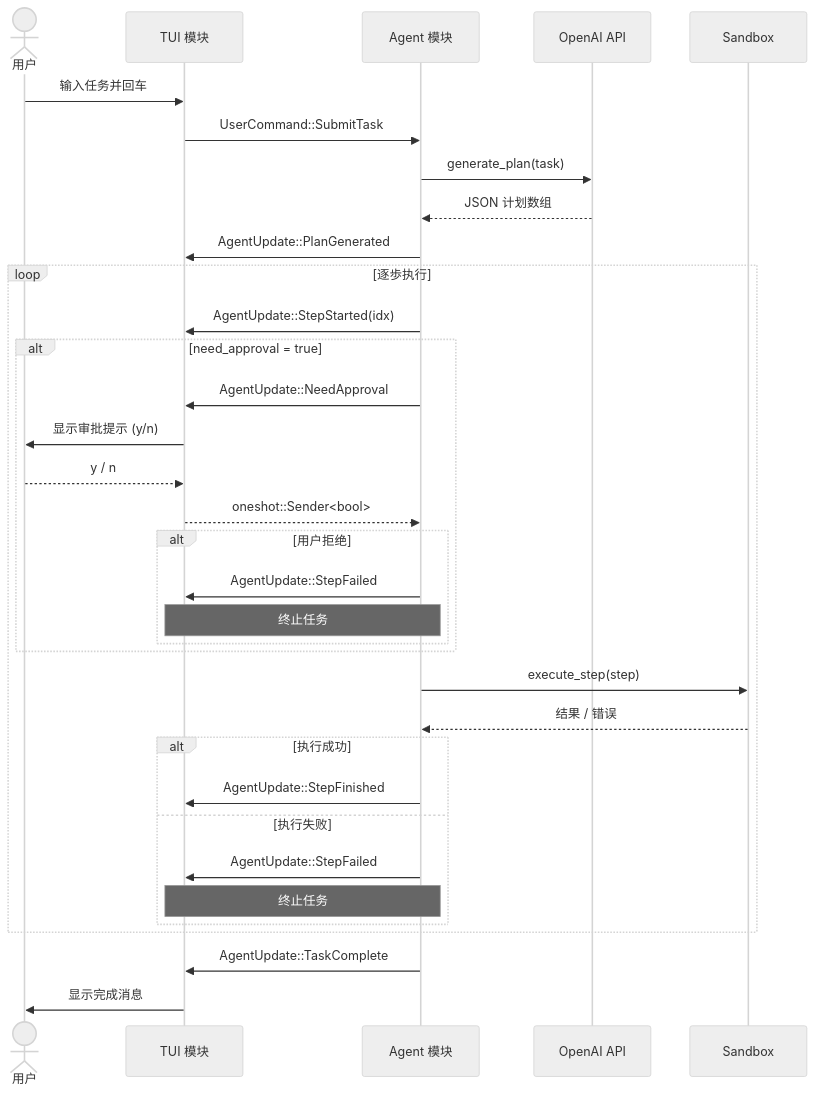
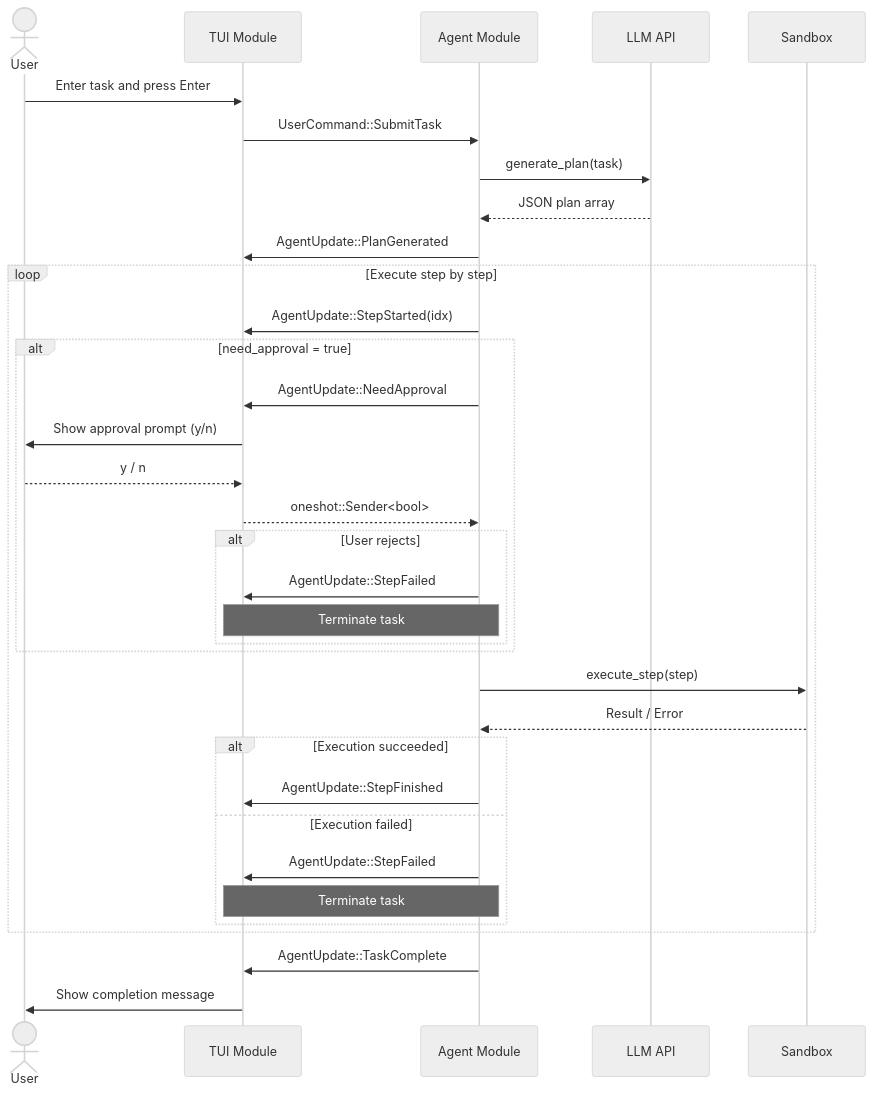
The third of 8 diagrams in ARCHITECTURE.md (Rg0x80/tact), drawn with Mermaid (neutral theme) before and after one commit. The commit also changed other lines of this file and 50 other files, not shown here.

````diff
--- a/ARCHITECTURE.md
+++ b/ARCHITECTURE.md
@@ -84,39 +84,39 @@
 ```mermaid
 sequenceDiagram
-    actor U as 用户
-    participant TUI as TUI 模块
-    participant Agent as Agent 模块
-    participant LLM as OpenAI API
+    actor U as User
+    participant TUI as TUI Module
+    participant Agent as Agent Module
+    participant LLM as LLM API
     participant SB as Sandbox
 
-    U ->> TUI: 输入任务并回车
+    U ->> TUI: Enter task and press Enter
     TUI ->> Agent: UserCommand::SubmitTask
     Agent ->> LLM: generate_plan(task)
-    LLM -->> Agent: JSON 计划数组
+    LLM -->> Agent: JSON plan array
     Agent ->> TUI: AgentUpdate::PlanGenerated
 
-    loop 逐歩执行
+    loop Execute step by step
         Agent ->> TUI: AgentUpdate::StepStarted(idx)
         alt need_approval = true
             Agent ->> TUI: AgentUpdate::NeedApproval
-            TUI ->> U: 显示审批提示 (y/n)
+            TUI ->> U: Show approval prompt (y/n)
             U -->> TUI: y / n
             TUI -->> Agent: oneshot::Sender<bool>
-            alt 用户拒绝
+            alt User rejects
                 Agent ->> TUI: AgentUpdate::StepFailed
-                Note over Agent,TUI: 终止任务
+                Note over Agent,TUI: Terminate task
             end
         end
         Agent ->> SB: execute_step(step)
-        SB -->> Agent: 结果 / 错误
-        alt 执行成功
+        SB -->> Agent: Result / Error
+        alt Execution succeeded
             Agent ->> TUI: AgentUpdate::StepFinished
-        else 执行失败
+        else Execution failed
             Agent ->> TUI: AgentUpdate::StepFailed
-            Note over Agent,TUI: 终止任务
+            Note over Agent,TUI: Terminate task
         end
     end
 
     Agent ->> TUI: AgentUpdate::TaskComplete
-    TUI ->> U: 显示完成消息
+    TUI ->> U: Show completion message
 ```
````
